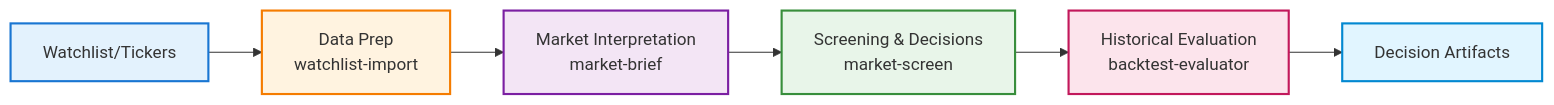
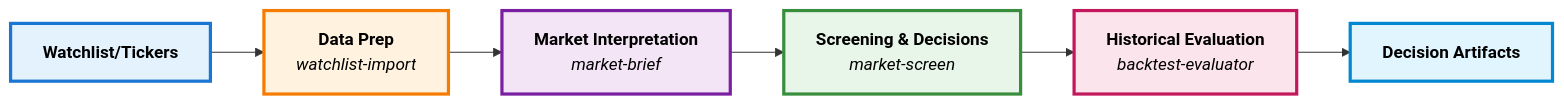
Before and after one commit to NatsuFox/A-Stockit: the second of 2 diagrams in README.md, drawn with Mermaid. The commit also changed other lines of this file, not shown here.

Commit message:
docs(readme): enhance text visibility in workflow diagrams
- Use bold HTML tags for main titles to make them stand out
- Use italic tags for skill names to differentiate them
- Increase stroke width from 2px to 3px for better borders
- Add explicit black text color for maximum contrast
- Improve overall readability and visual hierarchy

The enhanced text styling makes the workflow diagrams more
professional and easier to read at a glance.

````diff
--- a/README.md
+++ b/README.md
@@ -689,15 +689,15 @@
 ```mermaid
 flowchart LR
-    A[Watchlist/Tickers] --> B[Data Prep<br/>watchlist-import]
-    B --> C[Market Interpretation<br/>market-brief]
-    C --> D[Screening & Decisions<br/>market-screen]
-    D --> E[Historical Evaluation<br/>backtest-evaluator]
-    E --> F[Decision Artifacts]
+    A["<b>Watchlist/Tickers</b>"] --> B["<b>Data Prep</b><br/><i>watchlist-import</i>"]
+    B --> C["<b>Market Interpretation</b><br/><i>market-brief</i>"]
+    C --> D["<b>Screening & Decisions</b><br/><i>market-screen</i>"]
+    D --> E["<b>Historical Evaluation</b><br/><i>backtest-evaluator</i>"]
+    E --> F["<b>Decision Artifacts</b>"]
 
-    style A fill:#e3f2fd,stroke:#1976d2,stroke-width:2px
-    style B fill:#fff3e0,stroke:#f57c00,stroke-width:2px
-    style C fill:#f3e5f5,stroke:#7b1fa2,stroke-width:2px
-    style D fill:#e8f5e9,stroke:#388e3c,stroke-width:2px
-    style E fill:#fce4ec,stroke:#c2185b,stroke-width:2px
-    style F fill:#e1f5ff,stroke:#0288d1,stroke-width:2px
+    style A fill:#e3f2fd,stroke:#1976d2,stroke-width:3px,color:#000
+    style B fill:#fff3e0,stroke:#f57c00,stroke-width:3px,color:#000
+    style C fill:#f3e5f5,stroke:#7b1fa2,stroke-width:3px,color:#000
+    style D fill:#e8f5e9,stroke:#388e3c,stroke-width:3px,color:#000
+    style E fill:#fce4ec,stroke:#c2185b,stroke-width:3px,color:#000
+    style F fill:#e1f5ff,stroke:#0288d1,stroke-width:3px,color:#000
 ```
````
